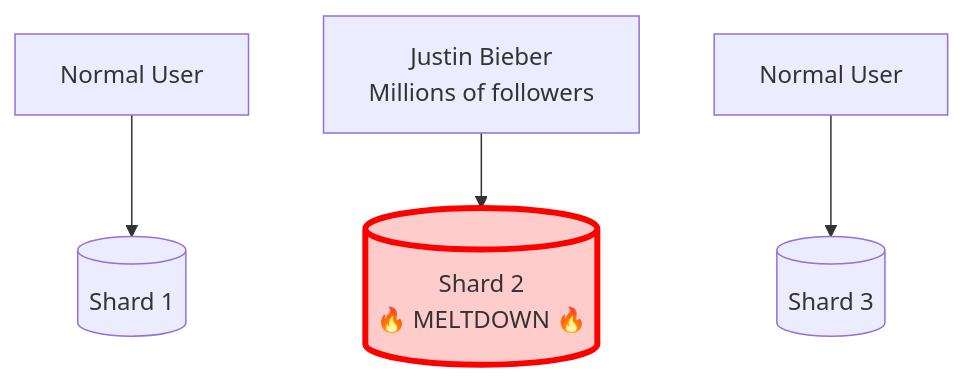
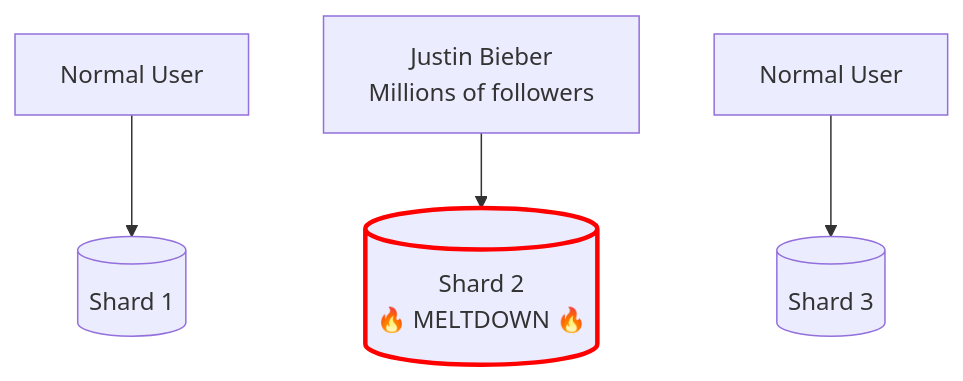
One commit to abhinnaagrawal/system-design-notes changed the fourth of 6 diagrams in Core Concepts/Sharding/README.md. Above: the diagram before and after it, drawn with Mermaid. The commit also changed other lines of this file and 62 other files, not shown here.

````diff
--- a/Core Concepts/Sharding/README.md
+++ b/Core Concepts/Sharding/README.md
@@ -110,8 +110,8 @@
 ```mermaid
 flowchart TD
     Traffic1[Normal User] --> S1[(Shard 1)]
     Traffic2[Justin Bieber \n Millions of followers] --> S2[(Shard 2 \n 🔥 MELTDOWN 🔥)]:::hot
     Traffic3[Normal User] --> S3[(Shard 3)]
     
-    classDef hot fill:#ffcccc,stroke:#ff0000,stroke-width:4px;
+    classDef hot stroke:#ff0000,stroke-width:3px;
 ```
````
